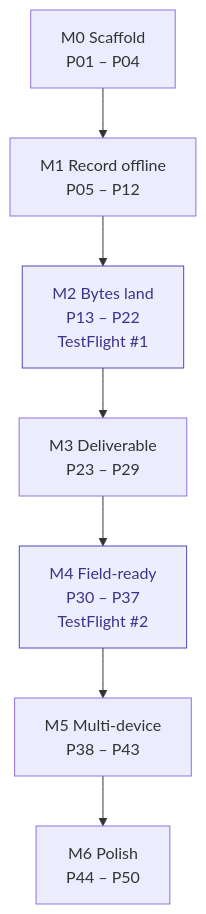
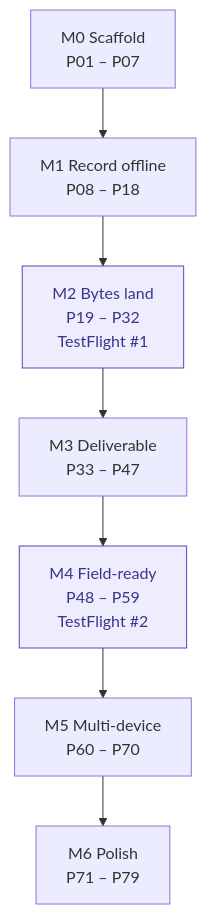
One commit to DAMHONGDUC/site-log-ios changed the second of 2 diagrams in ROADMAP.md. Above: the diagram before and after it, drawn with Mermaid. The commit also changed other lines of this file, not shown here.

First line of the commit message:
docs: roadmap - UI and Logic tracks in every milestone

````diff
--- a/ROADMAP.md
+++ b/ROADMAP.md
@@ -13,12 +41,13 @@
 ```mermaid
 flowchart TD
-    M0["M0 Scaffold<br/>P01 – P04"] --> M1["M1 Record offline<br/>P05 – P12"]
-    M1 --> M2["M2 Bytes land<br/>P13 – P22<br/>TestFlight #1"]
-    M2 --> M3["M3 Deliverable<br/>P23 – P29"]
-    M3 --> M4["M4 Field-ready<br/>P30 – P37<br/>TestFlight #2"]
-    M4 --> M5["M5 Multi-device<br/>P38 – P43"]
-    M5 --> M6["M6 Polish<br/>P44 – P50"]
+    M0["M0 Scaffold<br/>P01 – P07"]
+    M0 --> M1["M1 Record offline<br/>P08 – P18"]
+    M1 --> M2["M2 Bytes land<br/>P19 – P32<br/>TestFlight #1"]
+    M2 --> M3["M3 Deliverable<br/>P33 – P47"]
+    M3 --> M4["M4 Field-ready<br/>P48 – P59<br/>TestFlight #2"]
+    M4 --> M5["M5 Multi-device<br/>P60 – P70"]
+    M5 --> M6["M6 Polish<br/>P71 – P79"]
 
     classDef ship fill:#EEEDFE,stroke:#534AB7,color:#3C3489
     class M2,M4 ship
 ```
````
